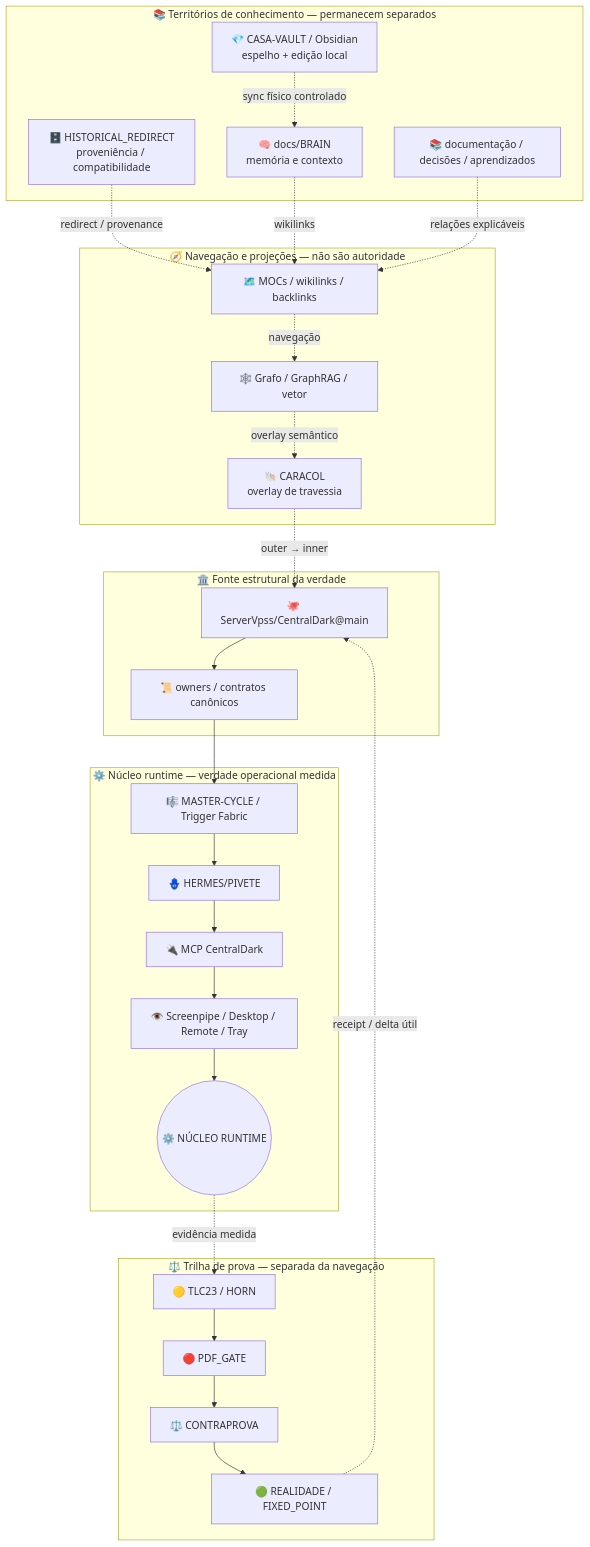
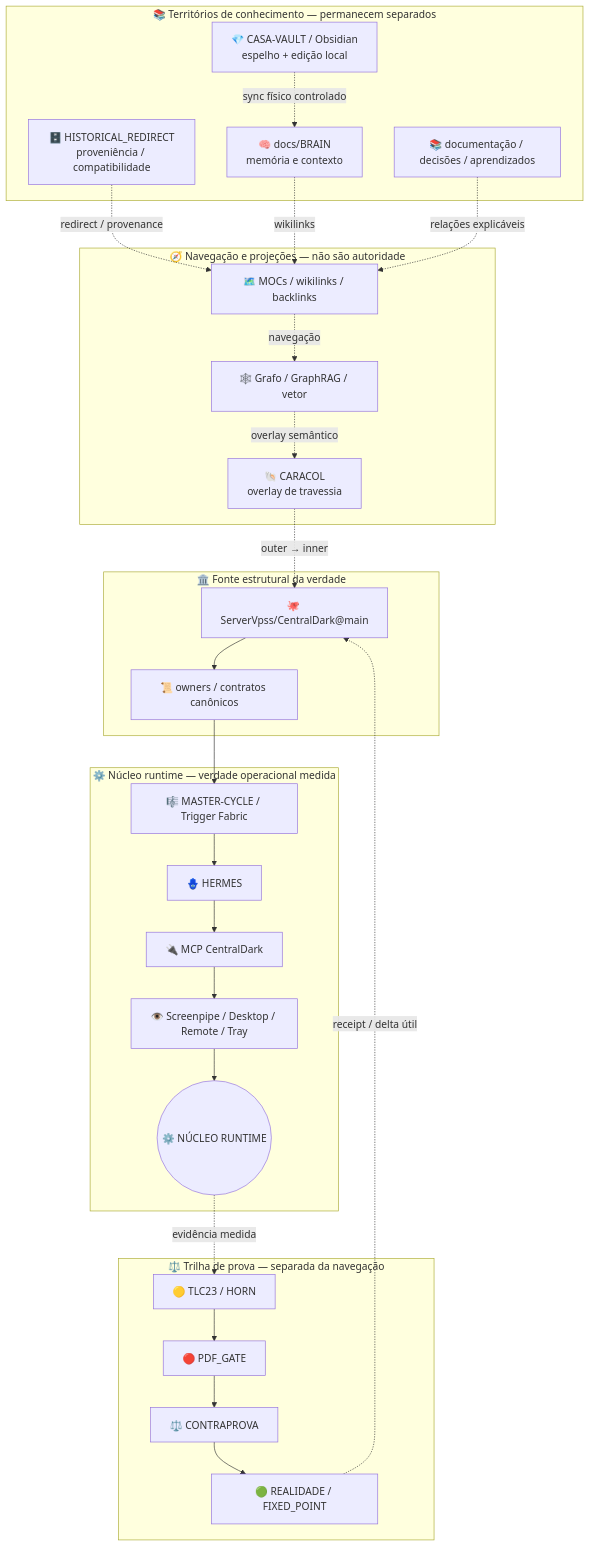
The second of 2 diagrams in docs/BRAIN/00-MAPA-SISTEMA/02-GRAFOS/MAPA-OBSIDIAN-BRAIN.md (ServerVpss/CentralDark), drawn with Mermaid before and after one commit. The commit also changed 87 other files, not shown here.

Commit message:
🧭 role: retire binding PIVETE/HERMES from CURRENT surfaces

````diff
--- a/docs/BRAIN/00-MAPA-SISTEMA/02-GRAFOS/MAPA-OBSIDIAN-BRAIN.md
+++ b/docs/BRAIN/00-MAPA-SISTEMA/02-GRAFOS/MAPA-OBSIDIAN-BRAIN.md
@@ -83,58 +83,58 @@
 ```mermaid
 flowchart TB
     subgraph T1["📚 Territórios de conhecimento — permanecem separados"]
       HIST["🗄️ HISTORICAL_REDIRECT<br/>proveniência / compatibilidade"]
       BRAINN["🧠 docs/BRAIN<br/>memória e contexto"]
       DOCS["📚 documentação / decisões / aprendizados"]
       OBS["💎 CASA-VAULT / Obsidian<br/>espelho + edição local"]
     end
 
     subgraph T2["🧭 Navegação e projeções — não são autoridade"]
       MOC["🗺️ MOCs / wikilinks / backlinks"]
       GRAPH["🕸️ Grafo / GraphRAG / vetor"]
       CARACOL["🐚 CARACOL<br/>overlay de travessia"]
     end
 
     subgraph T3["🏛️ Fonte estrutural da verdade"]
       MAIN["🐙 ServerVpss/CentralDark@main"]
       OWNERS["📜 owners / contratos canônicos"]
     end
 
     subgraph T4["⚙️ Núcleo runtime — verdade operacional medida"]
       MASTER["🎼 MASTER-CYCLE / Trigger Fabric"]
-      HERMES["🪬 HERMES/PIVETE"]
+      HERMES["🪬 HERMES"]
       MCP["🔌 MCP CentralDark"]
       SENSORS["👁️ Screenpipe / Desktop / Remote / Tray"]
       RUNTIME(("⚙️ NÚCLEO RUNTIME"))
     end
 
     subgraph T5["⚖️ Trilha de prova — separada da navegação"]
       TLC["🟡 TLC23 / HORN"]
       PDF["🔴 PDF_GATE"]
       CP["⚖️ CONTRAPROVA"]
       JUDGE["🟢 REALIDADE / FIXED_POINT"]
     end
 
     HIST -. "redirect / provenance" .-> MOC
     BRAINN -. "wikilinks" .-> MOC
     DOCS -. "relações explicáveis" .-> MOC
     OBS -. "sync físico controlado" .-> BRAINN
 
     MOC -. "navegação" .-> GRAPH
     GRAPH -. "overlay semântico" .-> CARACOL
     CARACOL -. "outer → inner" .-> MAIN
 
     MAIN --> OWNERS
     OWNERS --> MASTER
     MASTER --> HERMES
     HERMES --> MCP
     MCP --> SENSORS
     SENSORS --> RUNTIME
 
     RUNTIME -. "evidência medida" .-> TLC
     TLC --> PDF
     PDF --> CP
     CP --> JUDGE
 
     JUDGE -. "receipt / delta útil" .-> MAIN
 ```
````
